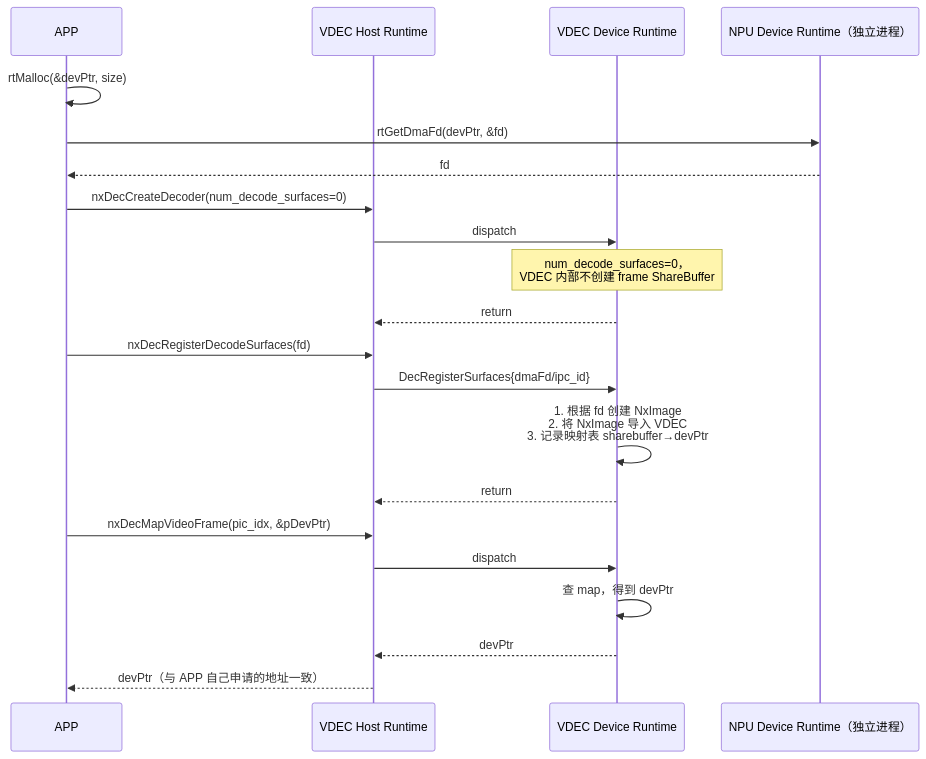
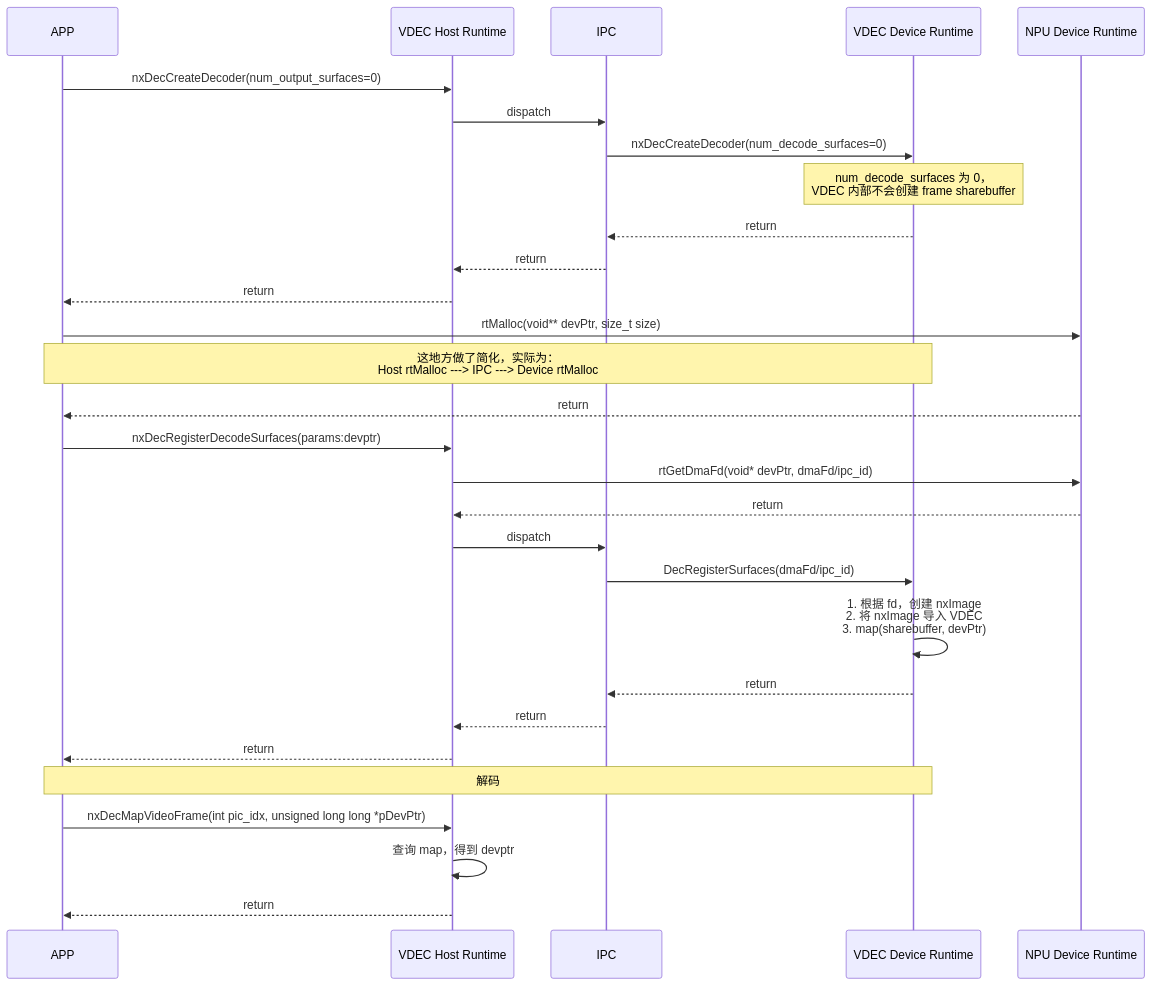
One commit to robertqd/AI-fundermentals changed the eighth of 10 diagrams in 01_hardware_architecture/video_codec/01_inference_card_decode_interface_alignment.md. Above: the diagram before and after it, drawn with Mermaid. The commit also changed other lines of this file and 1 other file, not shown here.

First line of the commit message:
fix(docs): correct sequence diagrams to match original design diagrams

````diff
--- a/01_hardware_architecture/video_codec/01_inference_card_decode_interface_alignment.md
+++ b/01_hardware_architecture/video_codec/01_inference_card_decode_interface_alignment.md
@@ -953,26 +1115,36 @@
 ```mermaid
 sequenceDiagram
     participant APP
     participant Host as VDEC Host Runtime
+    participant IPC
     participant Dev as VDEC Device Runtime
-    participant NPU as NPU Device Runtime（独立进程）
+    participant NPU as NPU Device Runtime
 
-    APP->>APP: rtMalloc(&devPtr, size)
-    APP->>NPU: rtGetDmaFd(devPtr, &fd)
-    NPU-->>APP: fd
-    APP->>Host: nxDecCreateDecoder(num_decode_surfaces=0)
-    Host->>Dev: dispatch
-    Note over Dev: num_decode_surfaces=0，<br/>VDEC 内部不创建 frame ShareBuffer
-    Dev-->>Host: return
+    APP->>Host: nxDecCreateDecoder(num_output_surfaces=0)
+    Host->>IPC: dispatch
+    IPC->>Dev: nxDecCreateDecoder(num_decode_surfaces=0)
+    Note over Dev: num_decode_surfaces 为 0，<br/>VDEC 内部不会创建 frame sharebuffer
+    Dev-->>IPC: return
+    IPC-->>Host: return
+    Host-->>APP: return
 
-    APP->>Host: nxDecRegisterDecodeSurfaces(fd)
-    Host->>Dev: DecRegisterSurfaces{dmaFd/ipc_id}
-    Dev->>Dev: 1. 根据 fd 创建 NxImage<br/>2. 将 NxImage 导入 VDEC<br/>3. 记录映射表 sharebuffer→devPtr
-    Dev-->>Host: return
+    APP->>NPU: rtMalloc(void** devPtr, size_t size)
+    Note over APP,Dev: 这地方做了简化，实际为：<br/>Host rtMalloc ---> IPC ---> Device rtMalloc
+    NPU-->>APP: return
 
-    APP->>Host: nxDecMapVideoFrame(pic_idx, &pDevPtr)
-    Host->>Dev: dispatch
-    Dev->>Dev: 查 map，得到 devPtr
-    Dev-->>Host: devPtr
-    Host-->>APP: devPtr（与 APP 自己申请的地址一致）
+    APP->>Host: nxDecRegisterDecodeSurfaces(params:devptr)
+    Host->>NPU: rtGetDmaFd(void* devPtr, dmaFd/ipc_id)
+    NPU-->>Host: return
+    Host->>IPC: dispatch
+    IPC->>Dev: DecRegisterSurfaces(dmaFd/ipc_id)
+    Dev->>Dev: 1. 根据 fd，创建 nxImage<br/>2. 将 nxImage 导入 VDEC<br/>3. map(sharebuffer, devPtr)
+    Dev-->>IPC: return
+    IPC-->>Host: return
+    Host-->>APP: return
+
+    Note over APP,Dev: 解码
+
+    APP->>Host: nxDecMapVideoFrame(int pic_idx, unsigned long long *pDevPtr)
+    Host->>Host: 查询 map，得到 devptr
+    Host-->>APP: return
 ```
````
